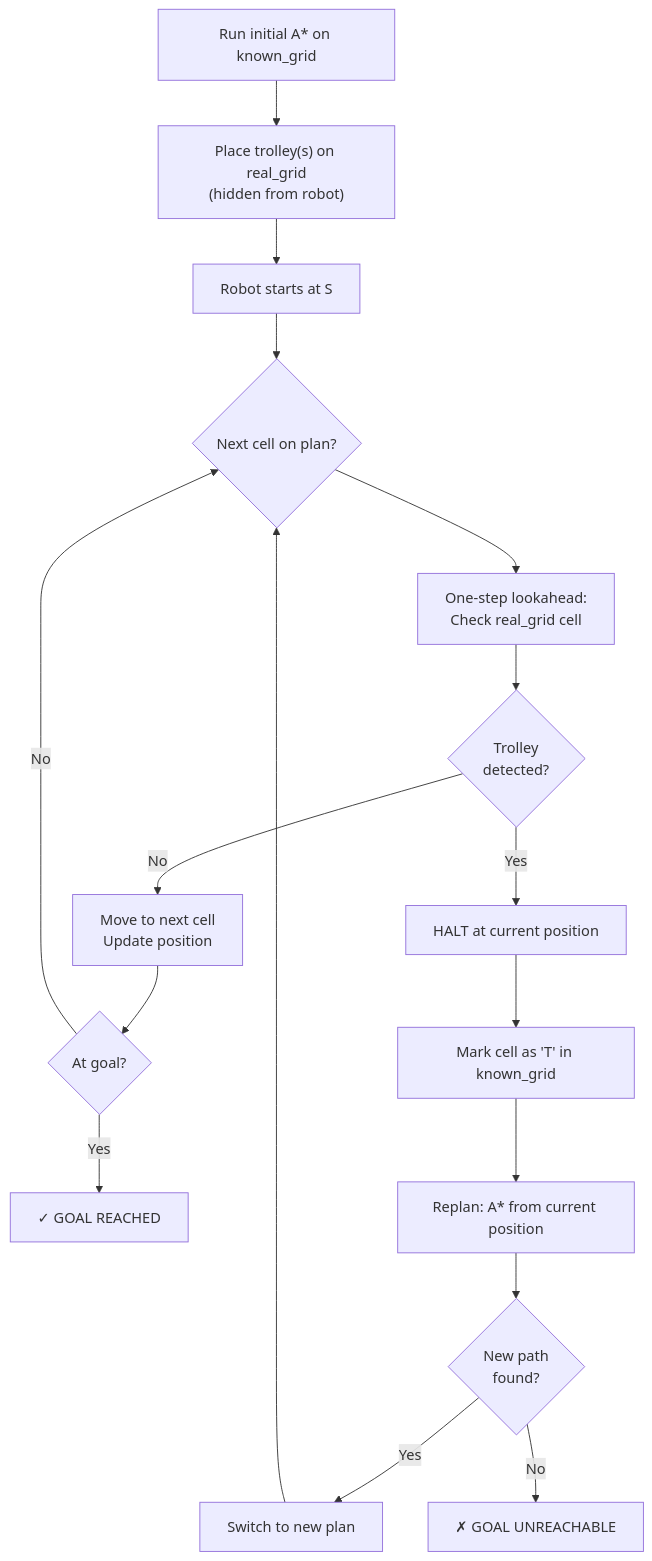
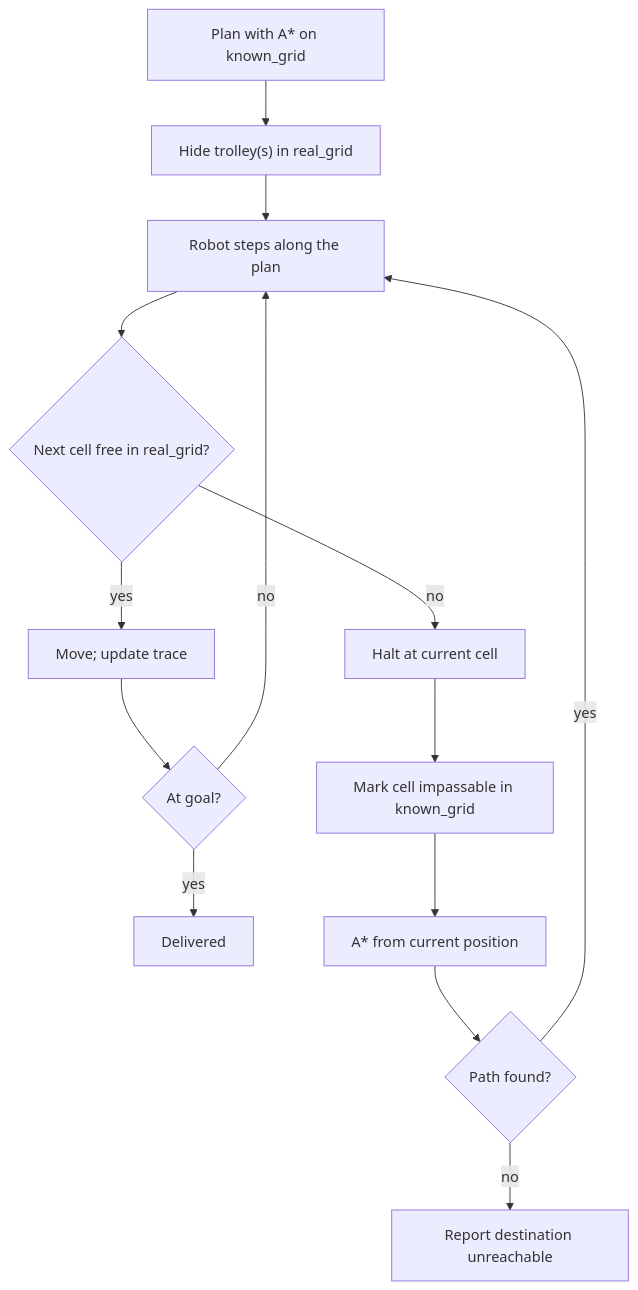
Before and after one commit to yashJoshi0907/AI_Warehouse_PathPlanning_Group5: the diagram in task_reports/Task4_Trolley_Replanning.md, drawn with Mermaid. The commit also changed other lines of this file and 22 other files, not shown here.

````diff
--- a/task_reports/Task4_Trolley_Replanning.md
+++ b/task_reports/Task4_Trolley_Replanning.md
@@ -68,19 +59,16 @@
 ```mermaid
 flowchart TD
-    A["Run initial A* on known_grid"] --> B["Place trolley(s) on real_grid<br/>(hidden from robot)"]
-    B --> C["Robot starts at S"]
-    C --> D{"Next cell on plan?"}
-    D --> E["One-step lookahead:<br/>Check real_grid cell"]
-    E --> F{"Trolley<br/>detected?"}
-    F -- No --> G["Move to next cell<br/>Update position"]
-    G --> H{"At goal?"}
-    H -- No --> D
-    H -- Yes --> I["✓ GOAL REACHED"]
-    F -- Yes --> J["HALT at current position"]
-    J --> K["Mark cell as 'T' in known_grid"]
-    K --> L["Replan: A* from current position"]
-    L --> M{"New path<br/>found?"}
-    M -- Yes --> N["Switch to new plan"]
-    N --> D
-    M -- No --> O["✗ GOAL UNREACHABLE"]
+    A["Plan with A* on known_grid"] --> B["Hide trolley(s) in real_grid"]
+    B --> C["Robot steps along the plan"]
+    C --> D{"Next cell free in real_grid?"}
+    D -- yes --> E["Move; update trace"]
+    E --> F{"At goal?"}
+    F -- no --> C
+    F -- yes --> G["Delivered"]
+    D -- no --> H["Halt at current cell"]
+    H --> I["Mark cell impassable in known_grid"]
+    I --> J["A* from current position"]
+    J --> K{"Path found?"}
+    K -- yes --> C
+    K -- no --> L["Report destination unreachable"]
 ```
````
